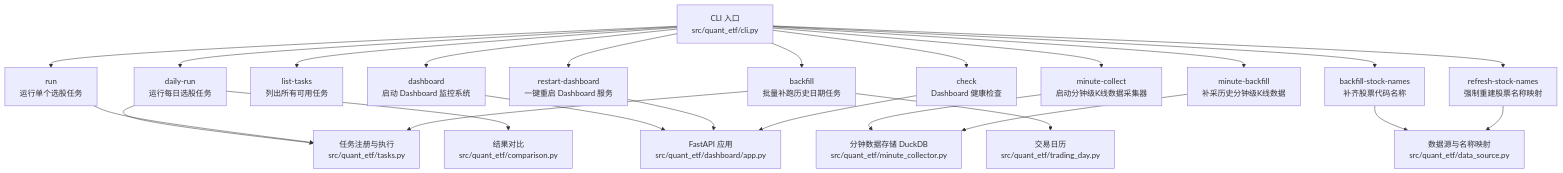
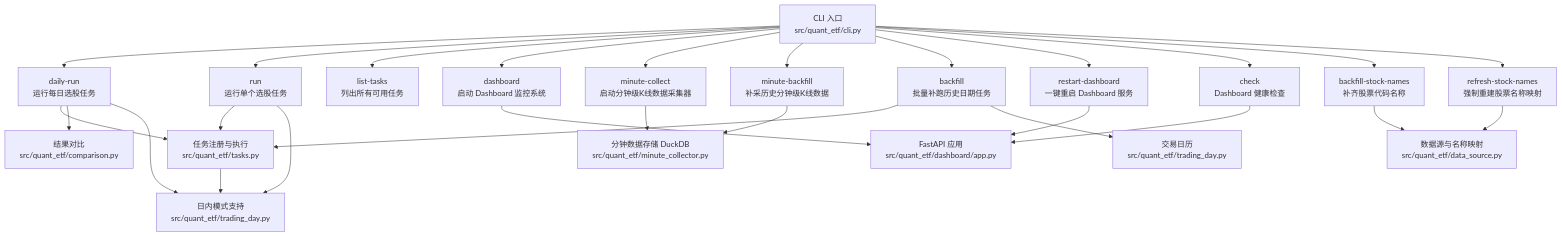
One commit to ldeng76/quant-ETF changed the first of 4 diagrams in .qoder/repowiki/zh/content/CLI命令参考/CLI命令参考.md. Above: the diagram before and after it, drawn with Mermaid. The commit also changed other lines of this file and 12 other files, not shown here.

````diff
--- a/.qoder/repowiki/zh/content/CLI命令参考/CLI命令参考.md
+++ b/.qoder/repowiki/zh/content/CLI命令参考/CLI命令参考.md
@@ -49,26 +51,29 @@
 ```mermaid
 graph TB
 CLI["CLI 入口<br/>src/quant_etf/cli.py"] --> DailyRun["daily-run<br/>运行每日选股任务"]
 CLI --> RunCmd["run<br/>运行单个选股任务"]
 CLI --> ListTasks["list-tasks<br/>列出所有可用任务"]
 CLI --> Dashboard["dashboard<br/>启动 Dashboard 监控系统"]
 CLI --> MinuteCollect["minute-collect<br/>启动分钟级K线数据采集器"]
 CLI --> MinuteBackfill["minute-backfill<br/>补采历史分钟级K线数据"]
 CLI --> Backfill["backfill<br/>批量补跑历史日期任务"]
 CLI --> RestartDash["restart-dashboard<br/>一键重启 Dashboard 服务"]
 CLI --> CheckDash["check<br/>Dashboard 健康检查"]
 CLI --> BackfillNames["backfill-stock-names<br/>补齐股票代码名称"]
 CLI --> RefreshNames["refresh-stock-names<br/>强制重建股票名称映射"]
 DailyRun --> Tasks["任务注册与执行<br/>src/quant_etf/tasks.py"]
 RunCmd --> Tasks
 Backfill --> Tasks
 Backfill --> TradingDay["交易日历<br/>src/quant_etf/trading_day.py"]
 DailyRun --> Compare["结果对比<br/>src/quant_etf/comparison.py"]
 MinuteCollect --> MinuteDB["分钟数据存储 DuckDB<br/>src/quant_etf/minute_collector.py"]
 MinuteBackfill --> MinuteDB
 Dashboard --> DashApp["FastAPI 应用<br/>src/quant_etf/dashboard/app.py"]
 RestartDash --> DashApp
 CheckDash --> DashApp
 BackfillNames --> DataSource["数据源与名称映射<br/>src/quant_etf/data_source.py"]
 RefreshNames --> DataSource
+Tasks --> IntradayMode["日内模式支持<br/>src/quant_etf/trading_day.py"]
+RunCmd --> IntradayMode
+DailyRun --> IntradayMode
 ```
````
